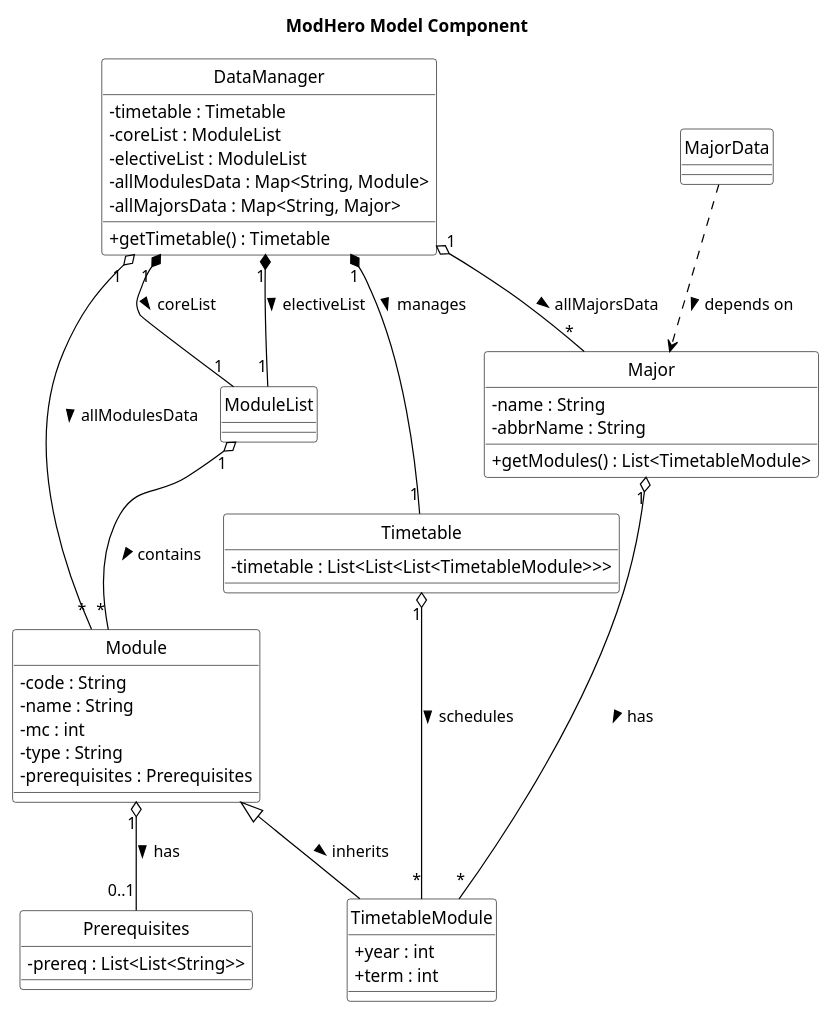
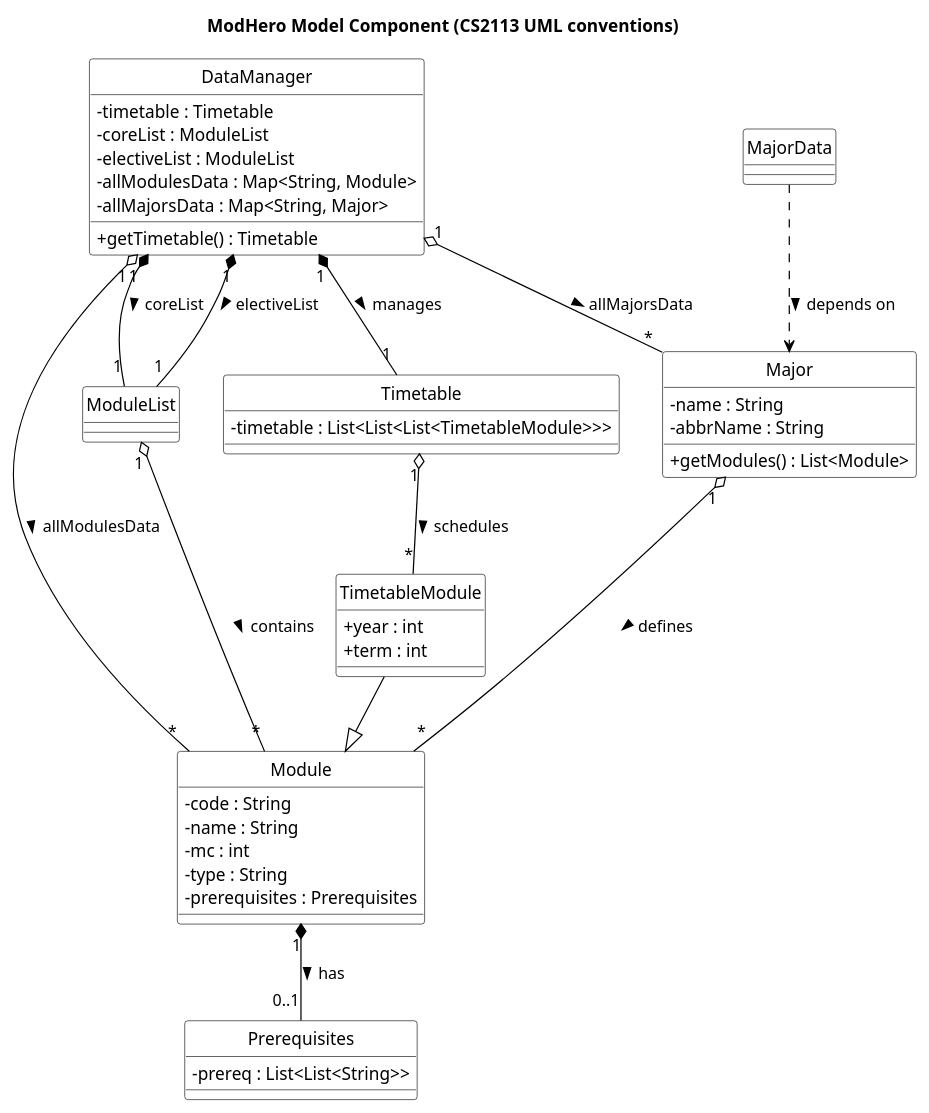
The diagram in docs/diagrams/ModelClassDiagram.puml (mendax1234/tp), drawn with PlantUML before and after one commit.

Commit message:
Updated ModelClassDiagram UML Code

```diff
--- a/docs/diagrams/ModelClassDiagram.puml
+++ b/docs/diagrams/ModelClassDiagram.puml
@@ -1,71 +1,72 @@
 @startuml
-title ModHero Model Component
+title ModHero Model Component (CS2113 UML conventions)
 
-' CS2113 STYLE SETTINGS
+' ======== CS2113 STYLE SETTINGS ========
 hide circle
 hide stereotypes
 skinparam monochrome true
 skinparam shadowing false
 skinparam classFontSize 14
 skinparam classAttributeIconSize 0
 skinparam ArrowColor black
 skinparam ClassBorderColor black
 skinparam ClassBackgroundColor white
 
-' CLASSES
+' ======== CLASSES ========
+
 class DataManager {
   - timetable : Timetable
   - coreList : ModuleList
   - electiveList : ModuleList
   - allModulesData : Map<String, Module>
   - allMajorsData : Map<String, Major>
   + getTimetable() : Timetable
 }
 
 class Major {
   - name : String
   - abbrName : String
-  + getModules() : List<TimetableModule>
+  + getModules() : List<Module>
 }
 
 class MajorData
 
 class Module {
   - code : String
   - name : String
   - mc : int
   - type : String
   - prerequisites : Prerequisites
 }
 
 class TimetableModule {
   + year : int
   + term : int
 }
 
 class ModuleList
 
 class Prerequisites {
   - prereq : List<List<String>>
 }
 
 class Timetable {
   - timetable : List<List<List<TimetableModule>>>
 }
 
-' RELATIONSHIPS
+' ======== RELATIONSHIPS ========
 
 DataManager "1" *-- "1" Timetable : manages >
 DataManager "1" *-- "1" ModuleList : coreList >
 DataManager "1" *-- "1" ModuleList : electiveList >
 DataManager "1" o-- "*" Module : allModulesData >
 DataManager "1" o-- "*" Major : allMajorsData >
 
-Major "1" o-- "*" TimetableModule : has >
+Major "1" o-- "*" Module : defines >
 ModuleList "1" o-- "*" Module : contains >
-Module "1" o-- "0..1" Prerequisites : has >
+Module "1" *-- "0..1" Prerequisites : has >
 Timetable "1" o-- "*" TimetableModule : schedules >
 MajorData ..> Major : depends on >
 
-Module <|-- TimetableModule : inherits >
+TimetableModule --|> Module
 @enduml
```
